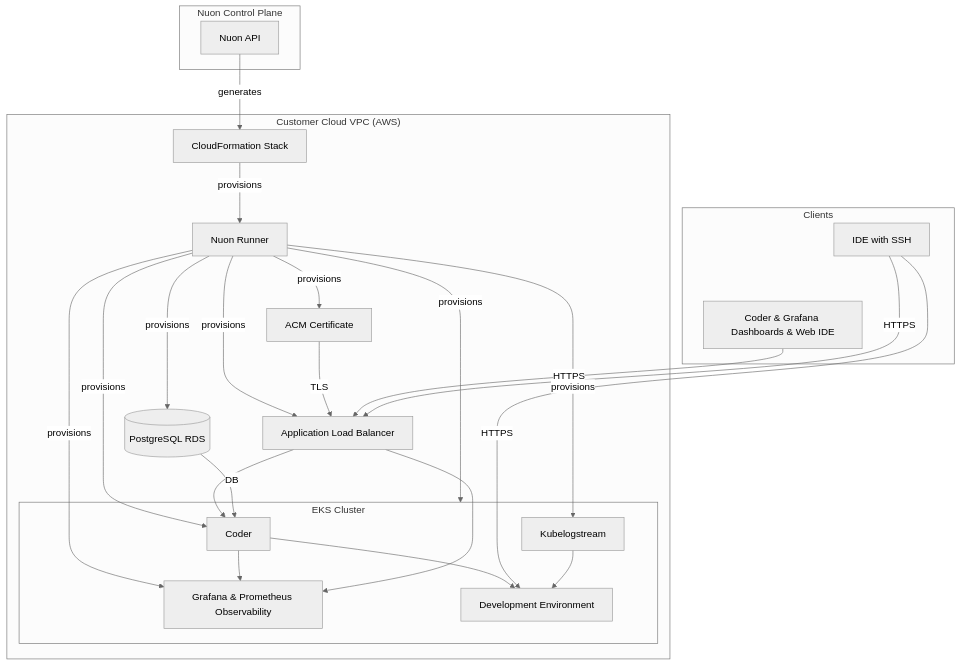
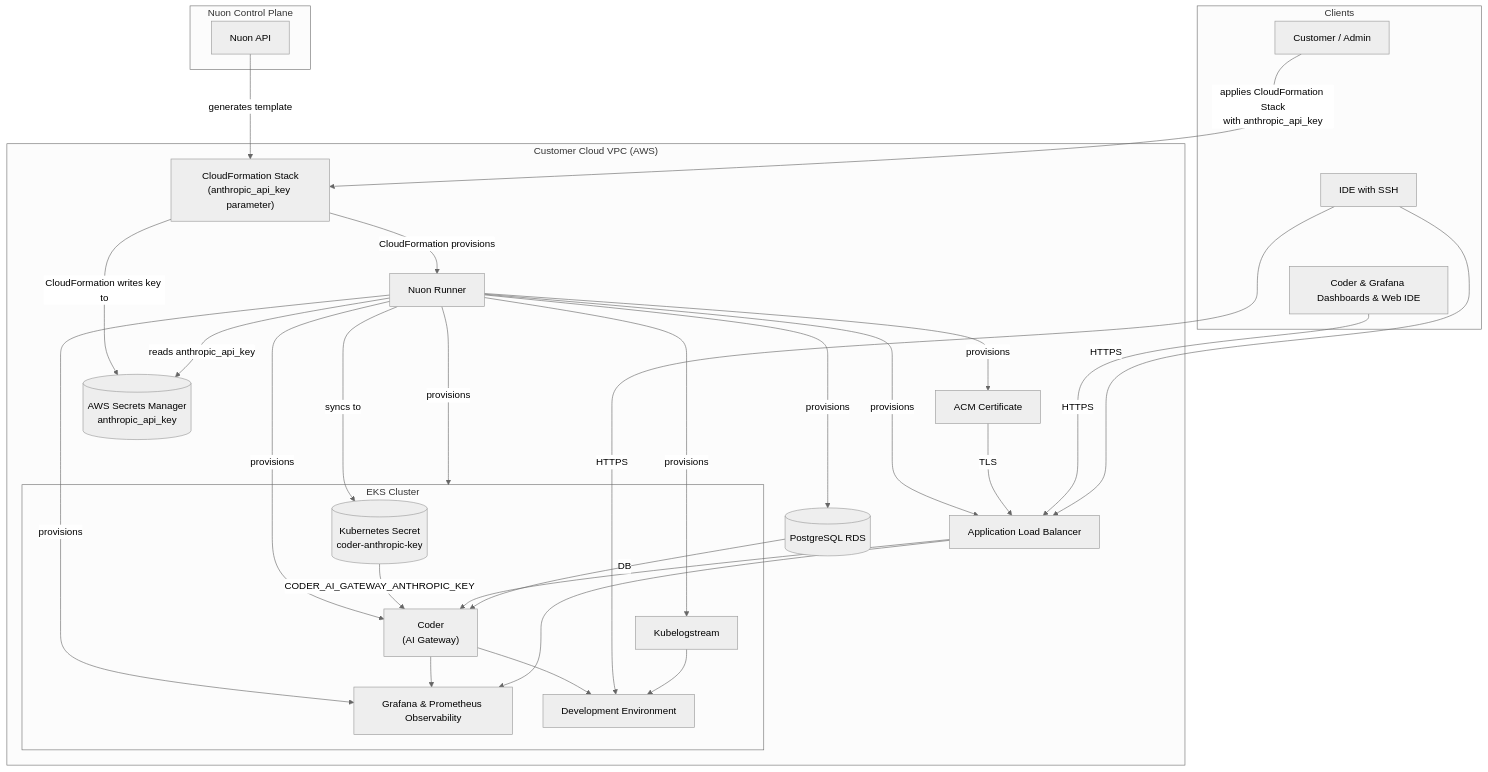
One commit to nuonco/example-app-configs changed the diagram in coder/README.md. Above: the diagram before and after it, drawn with Mermaid (neutral theme). The commit also changed other lines of this file and 2 other files, not shown here.

First line of the commit message:
feat(coder): wire Anthropic API key to Coder AI Gateway (#215)

````diff
--- a/coder/README.md
+++ b/coder/README.md
@@ -27,51 +27,59 @@
 ```mermaid
 
   graph TD
 
       subgraph Nuon["Nuon Control Plane"]
           NuonAPI["Nuon API"]
       end
 
       subgraph Clients["Clients"]
+          Customer["Customer / Admin"]
           IDE["IDE with SSH"]
           Dashboard["Coder & Grafana Dashboards & Web IDE"]
-          IDE ~~~ Dashboard
+          Customer ~~~ IDE ~~~ Dashboard
       end
 
       subgraph VPC["Customer Cloud VPC (AWS)"]
           Runner["Nuon Runner"]
           RDS[("PostgreSQL RDS")]
           ACM["ACM Certificate"]
           ALB["Application Load Balancer"]
-          Stack["CloudFormation Stack"]
+          Stack["CloudFormation Stack<br/>(anthropic_api_key parameter)"]
+          SM[("AWS Secrets Manager<br/>anthropic_api_key")]
 
           subgraph EKS["EKS Cluster"]
-              Coder["Coder"]
+              K8sSecret[("Kubernetes Secret<br/>coder-anthropic-key")]
+              Coder["Coder<br/>(AI Gateway)"]
               Logstream["Kubelogstream"]
               Observability["Grafana & Prometheus Observability"]
               DevEnv["Development Environment"]
           end
       end
 
-      NuonAPI -->|generates| Stack
-      Stack["CloudFormation Stack"] -->|provisions| Runner
+      NuonAPI -->|generates template| Stack
+      Customer -->|applies CloudFormation Stack<br/>with anthropic_api_key| Stack
+      Stack -->|CloudFormation provisions| Runner
+      Stack -->|CloudFormation writes key to| SM
       Runner -->|provisions| EKS
       Runner -->|provisions| RDS
       Runner -->|provisions| ACM
       Runner -->|provisions| ALB
       Runner -->|provisions| Coder
       Runner -->|provisions| Logstream
       Runner -->|provisions| Observability
+      Runner -->|reads anthropic_api_key| SM
+      Runner -->|syncs to| K8sSecret
+      K8sSecret -->|CODER_AI_GATEWAY_ANTHROPIC_KEY| Coder
 
       ACM -->|TLS| ALB
       ALB --> Coder
       RDS -->|DB| Coder
       Coder --> Observability
       ALB --> Observability
       Dashboard -->|HTTPS| ALB
       Coder --> DevEnv
       IDE -->|HTTPS| DevEnv
       IDE -->|HTTPS| ALB
       Logstream --> DevEnv
 
 ```
````
